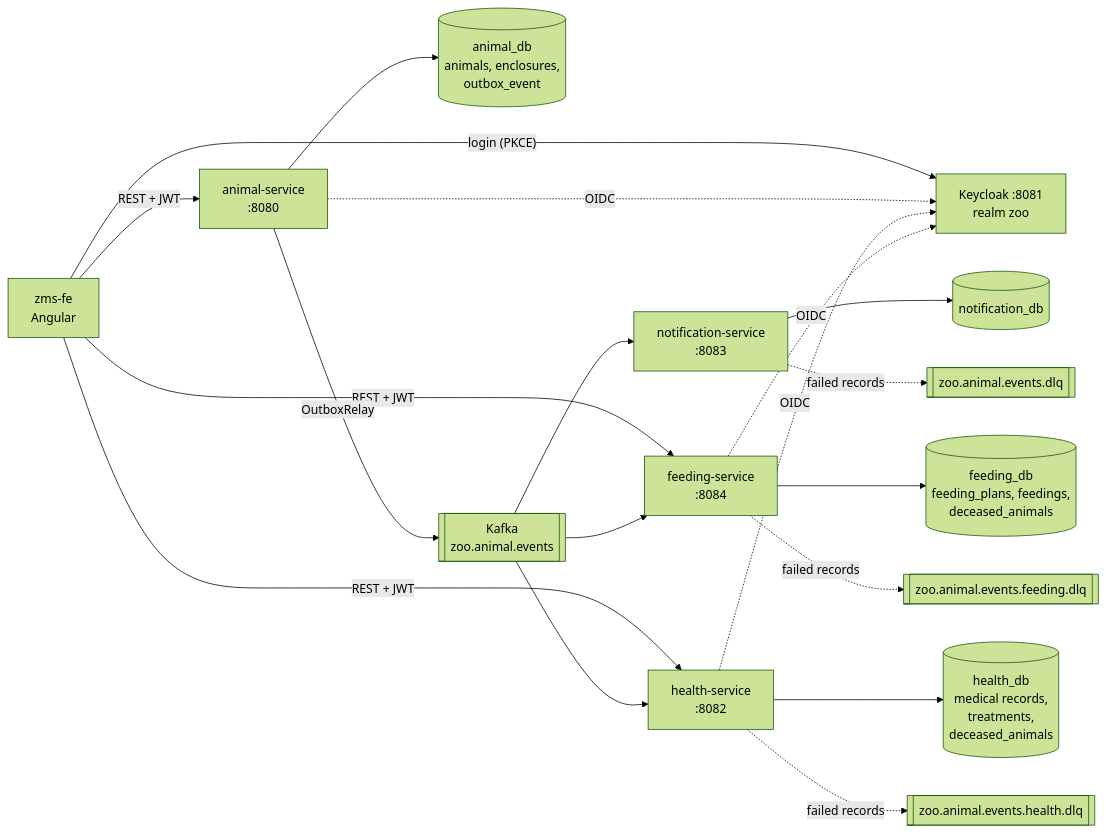
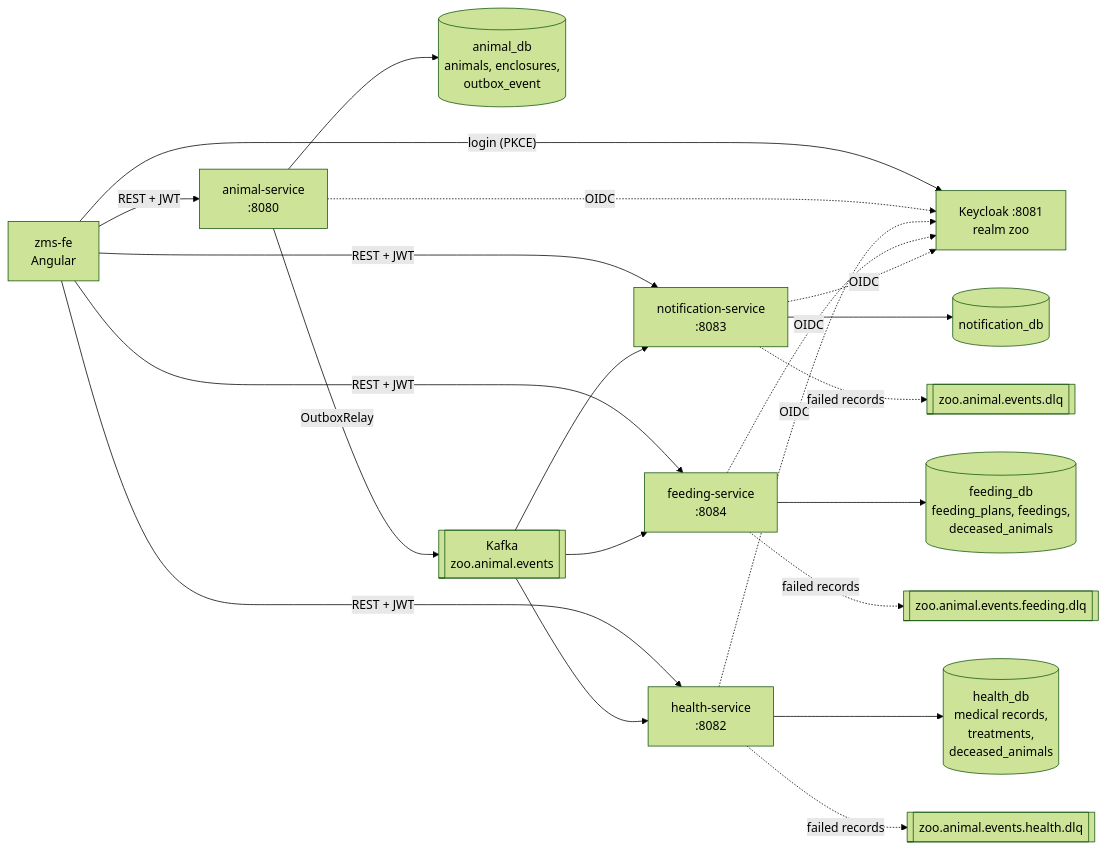
The diagram in README.md (iosonoira/zoo-management-system), drawn with Mermaid (forest theme) before and after one commit. The commit also changed other lines of this file and 8 other files, not shown here.

````diff
--- a/README.md
+++ b/README.md
@@ -34,21 +34,23 @@
 ```mermaid
 flowchart LR
   FE["zms-fe<br/>Angular"] -- "REST + JWT" --> AS["animal-service<br/>:8080"]
   FE -- "login (PKCE)" --> KC["Keycloak :8081<br/>realm zoo"]
   AS -. "OIDC" .-> KC
   HS["health-service<br/>:8082"] -. "OIDC" .-> KC
   FDS["feeding-service<br/>:8084"] -. "OIDC" .-> KC
+  NS["notification-service<br/>:8083"] -. "OIDC" .-> KC
   FE -- "REST + JWT" --> HS
   FE -- "REST + JWT" --> FDS
+  FE -- "REST + JWT" --> NS
   AS --> ADB[("animal_db<br/>animals, enclosures,<br/>outbox_event")]
   HS --> HDB[("health_db<br/>medical records,<br/>treatments,<br/>deceased_animals")]
   FDS --> FDB[("feeding_db<br/>feeding_plans, feedings,<br/>deceased_animals")]
   AS -- "OutboxRelay" --> K[["Kafka<br/>zoo.animal.events"]]
-  K --> NS["notification-service<br/>:8083"]
+  K --> NS
   K --> FDS
   K --> HS
   NS --> NDB[("notification_db")]
   NS -. "failed records" .-> DLQ[["zoo.animal.events.dlq"]]
   FDS -. "failed records" .-> FDLQ[["zoo.animal.events.feeding.dlq"]]
   HS -. "failed records" .-> HDLQ[["zoo.animal.events.health.dlq"]]
 ```
````
